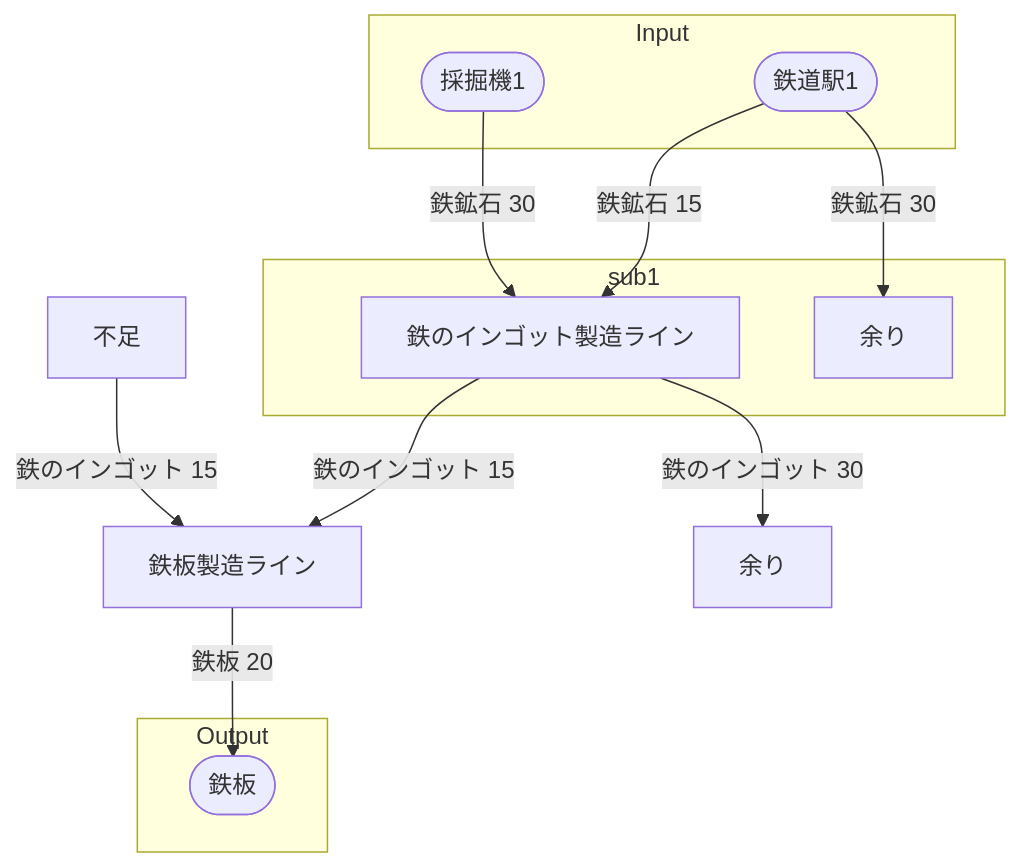
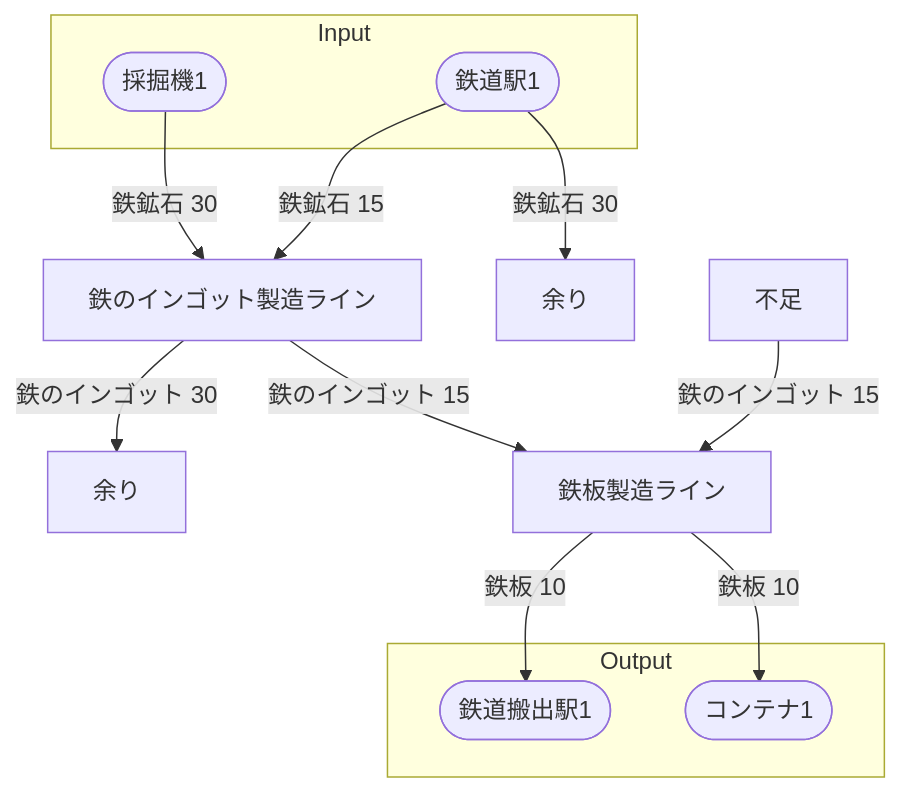
One commit to Suzuran-Amano/SatisfactoryTaskEfficiency changed the diagram in 40_FactoryBuilding/10_工場設計手順書/30‗全体製造ライン設計書/手順書_全体製造ライン設計書.md. Above: the diagram before and after it, drawn with Mermaid. The commit also changed other lines of this file and 5 other files, not shown here.

````diff
--- a/40_FactoryBuilding/10_工場設計手順書/30‗全体製造ライン設計書/手順書_全体製造ライン設計書.md
+++ b/40_FactoryBuilding/10_工場設計手順書/30‗全体製造ライン設計書/手順書_全体製造ライン設計書.md
@@ -50,32 +50,32 @@
 ```mermaid
 flowchart TD
 
 subgraph Input
     採掘機1([採掘機1])
     鉄道駅1([鉄道駅1])
 end
 
-subgraph sub1
-  鉄のインゴット製造ライン[鉄のインゴット製造ライン]
-  余り1[余り]  
-end
+鉄のインゴット製造ライン[鉄のインゴット製造ライン]
+余り1[余り] 
 
 鉄板製造ライン[鉄板製造ライン] 
 不足1[不足]
 余り2[余り]
 
 subgraph Output
-    鉄板([鉄板])
+    コンテナ1([コンテナ1])
+    鉄道搬出駅1([鉄道搬出駅1])
 end
 
 
 不足1-->|鉄のインゴット 15|鉄板製造ライン
 鉄道駅1-->|鉄鉱石 30|余り1
 採掘機1-->|鉄鉱石 30|鉄のインゴット製造ライン
 鉄道駅1-->|鉄鉱石 15|鉄のインゴット製造ライン
 鉄のインゴット製造ライン-->|鉄のインゴット 15|鉄板製造ライン
 鉄のインゴット製造ライン-->|鉄のインゴット 30|余り2
-鉄板製造ライン-->|鉄板 20|鉄板
+鉄板製造ライン-->|鉄板 10|コンテナ1
+鉄板製造ライン-->|鉄板 10|鉄道搬出駅1
 
 
 ```
````
